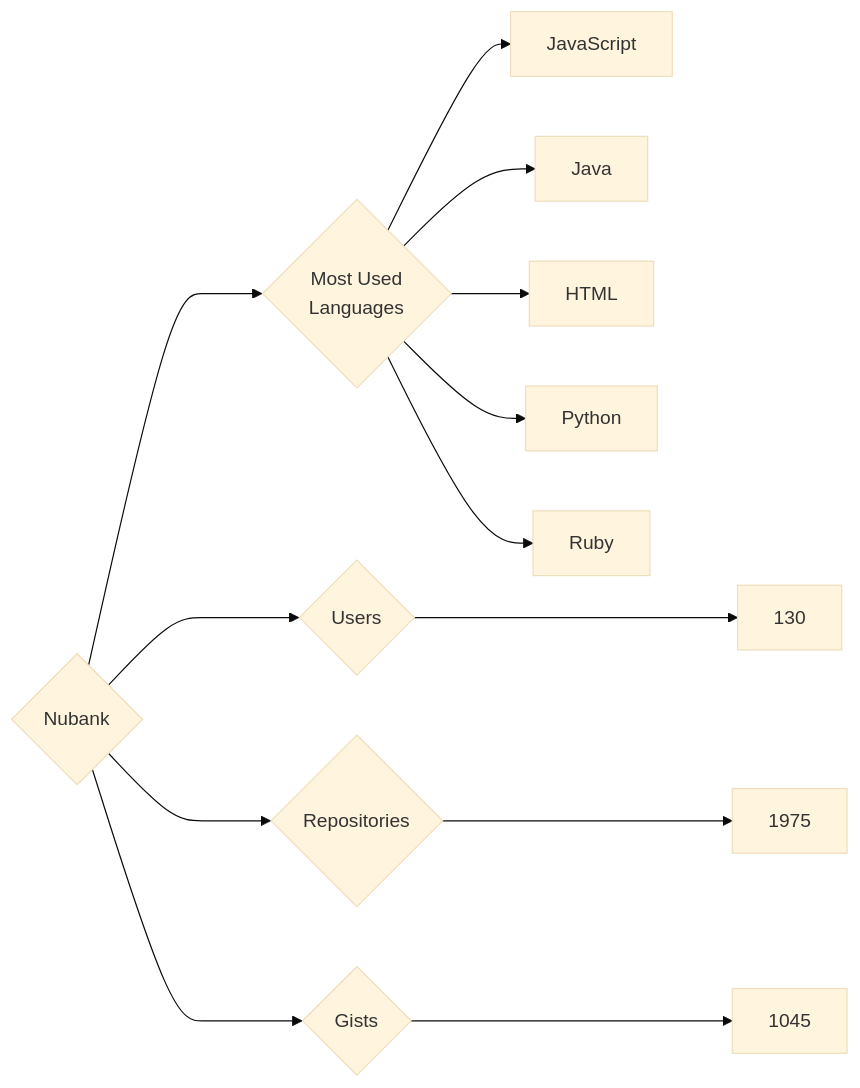
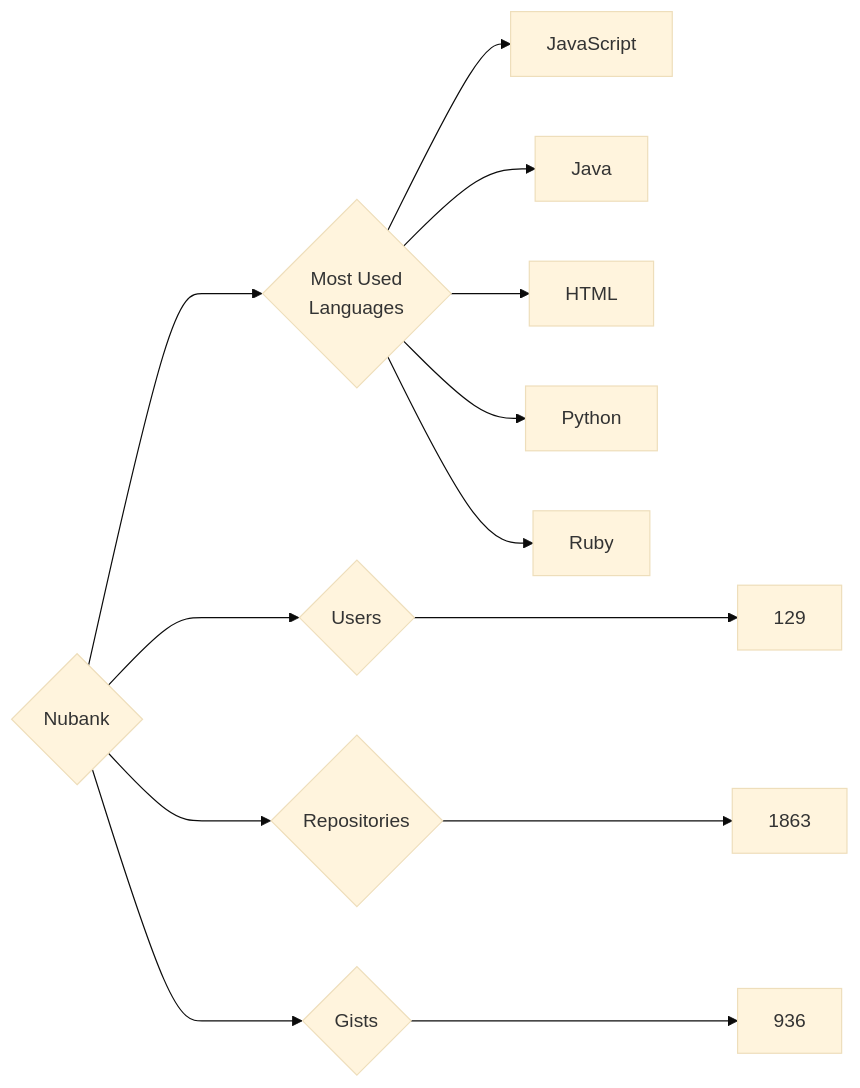
One commit to trickest/insiders changed the diagram in targets/Nubank/README.md. Above: the diagram before and after it, drawn with Mermaid (base theme). The commit also changed 1011 other files, not shown here.

````diff
--- a/targets/Nubank/README.md
+++ b/targets/Nubank/README.md
@@ -3,13 +3,13 @@
 ```mermaid
 graph LR
 COMPANY_NAME{Nubank}
-COMPANY_NAME ---> U{Users} ---> UN[130]
-COMPANY_NAME ---> R{Repositories} ---> RN[1975]
-COMPANY_NAME ---> G{Gists} ---> GN[1045]
+COMPANY_NAME ---> U{Users} ---> UN[129]
+COMPANY_NAME ---> R{Repositories} ---> RN[1863]
+COMPANY_NAME ---> G{Gists} ---> GN[936]
 COMPANY_NAME ---> ML{Most Used<br>Languages}
 ML --> JavaScript[JavaScript]
 ML --> Java[Java]
 ML --> HTML[HTML]
 ML --> Python[Python]
 ML --> Ruby[Ruby]
 ```
````
